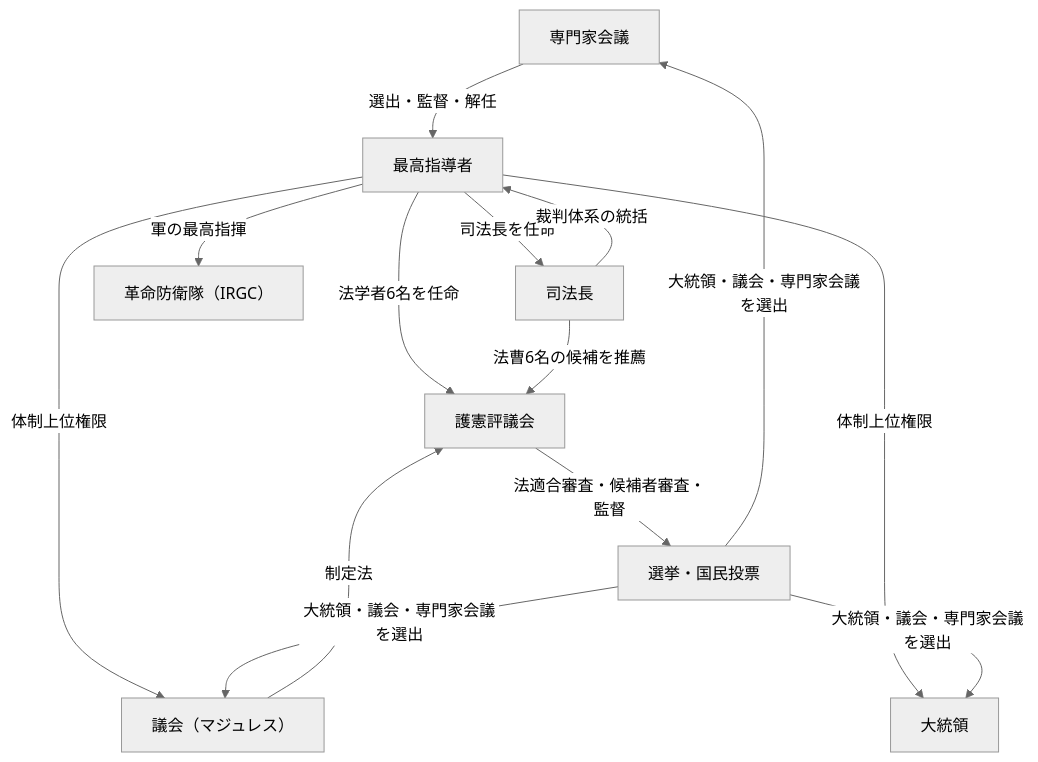
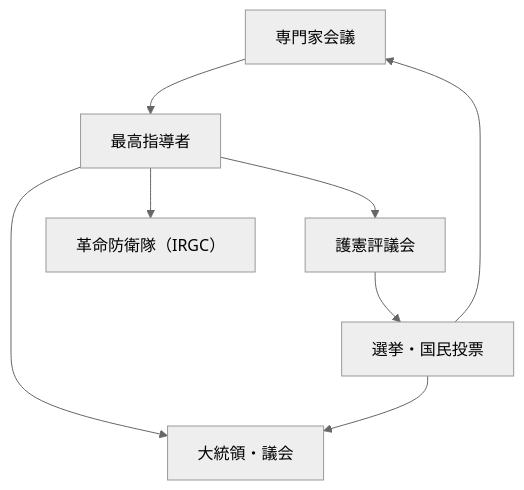
One commit to daylight55/research changed the second of 2 diagrams in src/content/blog/post-revolution-iran-power-structure.mdx. Above: the diagram before and after it, drawn with Mermaid (neutral theme). The commit also changed other lines of this file and 20 other files, not shown here.

Commit message:
Mermaid図の表示サイズを調整

````diff
--- a/src/content/blog/post-revolution-iran-power-structure.mdx
+++ b/src/content/blog/post-revolution-iran-power-structure.mdx
@@ -67,25 +67,17 @@
 ```mermaid
 flowchart TB
     ExpertAssembly["専門家会議"]
     SupremeLeader["最高指導者"]
     GuardianCouncil["護憲評議会"]
-    JudiciaryChief["司法長"]
-    President["大統領"]
-    Majles["議会（マジュレス）"]
+    Elected["大統領・議会"]
     IRGC["革命防衛隊（IRGC）"]
     Elections["選挙・国民投票"]
 
-    ExpertAssembly -->|選出・監督・解任| SupremeLeader
-    SupremeLeader -->|法学者6名を任命| GuardianCouncil
-    JudiciaryChief -->|法曹6名の候補を推薦| GuardianCouncil
-    SupremeLeader -->|司法長を任命| JudiciaryChief
-    SupremeLeader -->|軍の最高指揮| IRGC
-    SupremeLeader -->|体制上位権限| President
-    SupremeLeader -->|体制上位権限| Majles
-    GuardianCouncil -->|法適合審査・候補者審査・監督| Elections
-    Elections -->|大統領・議会・専門家会議を選出| President
-    Elections -->|大統領・議会・専門家会議を選出| Majles
-    Elections -->|大統領・議会・専門家会議を選出| ExpertAssembly
-    Majles -->|制定法| GuardianCouncil
-    JudiciaryChief -->|裁判体系の統括| SupremeLeader
+    ExpertAssembly --> SupremeLeader
+    SupremeLeader --> GuardianCouncil
+    SupremeLeader --> IRGC
+    SupremeLeader --> Elected
+    GuardianCouncil --> Elections
+    Elections --> Elected
+    Elections --> ExpertAssembly
 ```
````
